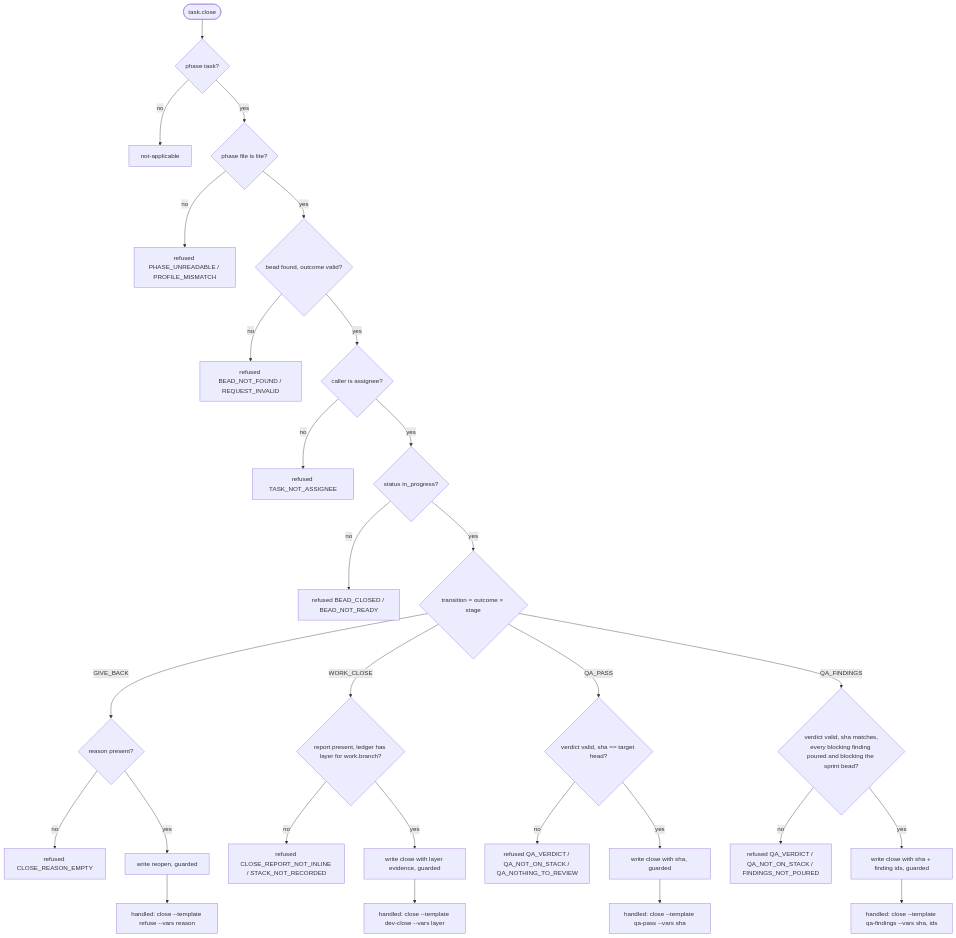
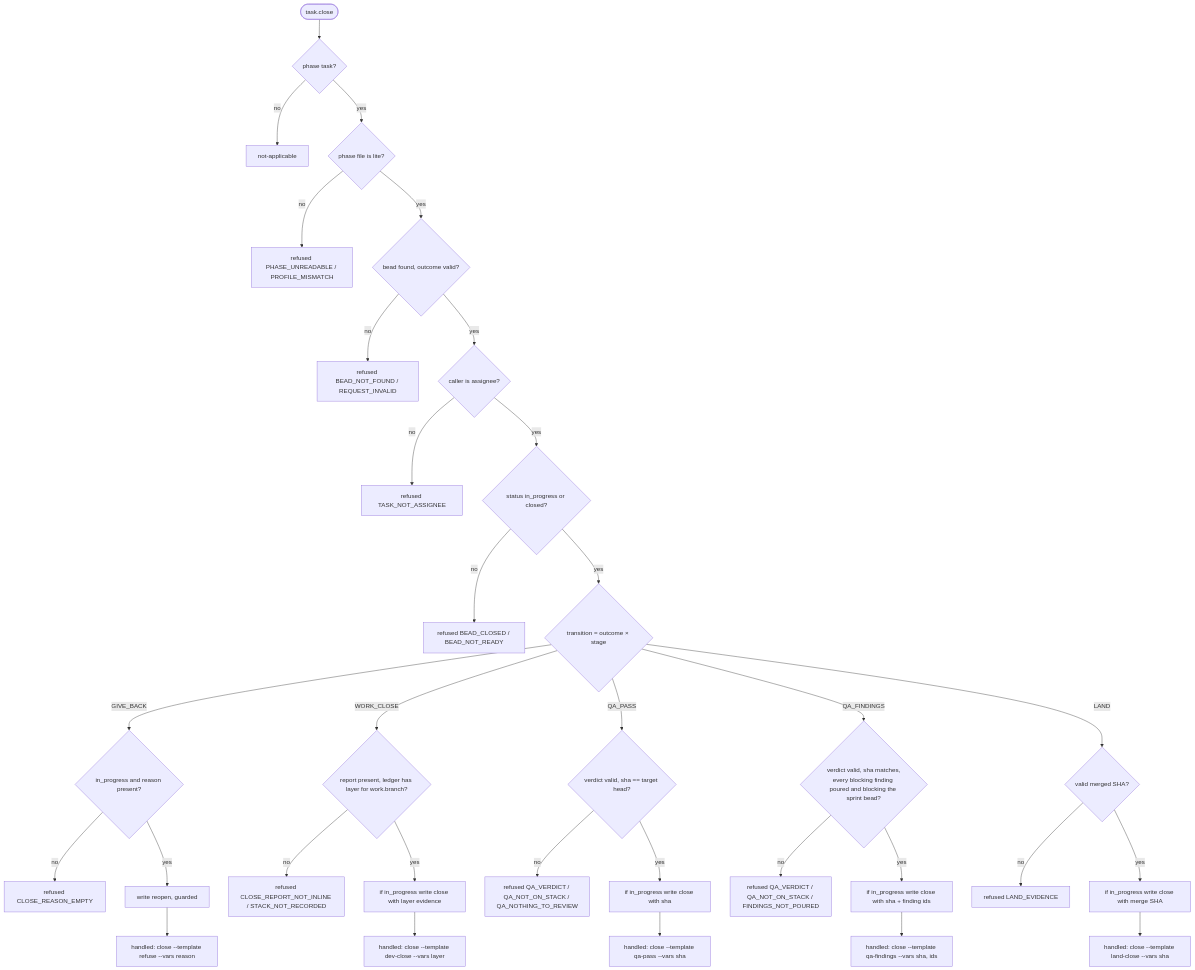
One commit to randlee/atm-core changed the diagram in docs/plans/phase-bo/hooks/task-close.md. Above: the diagram before and after it, drawn with Mermaid. The commit also changed other lines of this file and 20 other files, not shown here.

````diff
--- a/docs/plans/phase-bo/hooks/task-close.md
+++ b/docs/plans/phase-bo/hooks/task-close.md
@@ -7,26 +7,29 @@
 ```mermaid
 flowchart TD
     A([task.close]) --> P{phase task?}
     P -- no --> NA[not-applicable]
     P -- yes --> L{phase file is lite?}
     L -- no --> R0[refused PHASE_UNREADABLE / PROFILE_MISMATCH]
     L -- yes --> G{bead found, outcome valid?}
     G -- no --> R1[refused BEAD_NOT_FOUND / REQUEST_INVALID]
     G -- yes --> O{caller is assignee?}
     O -- no --> R2[refused TASK_NOT_ASSIGNEE]
-    O -- yes --> S{status in_progress?}
+    O -- yes --> S{status in_progress or closed?}
     S -- no --> R3[refused BEAD_CLOSED / BEAD_NOT_READY]
     S -- yes --> T{transition = outcome × stage}
-    T -- GIVE_BACK --> RS{reason present?}
+    T -- GIVE_BACK --> RS{in_progress and reason present?}
     RS -- no --> R4[refused CLOSE_REASON_EMPTY]
     RS -- yes --> W1[write reopen, guarded] --> H1[handled: close --template refuse --vars reason]
     T -- WORK_CLOSE --> RP{report present, ledger has layer for work.branch?}
     RP -- no --> R5[refused CLOSE_REPORT_NOT_INLINE / STACK_NOT_RECORDED]
-    RP -- yes --> W2[write close with layer evidence, guarded] --> H2[handled: close --template dev-close --vars layer]
+    RP -- yes --> W2[if in_progress write close with layer evidence] --> H2[handled: close --template dev-close --vars layer]
     T -- QA_PASS --> V1{verdict valid, sha == target head?}
     V1 -- no --> R6[refused QA_VERDICT / QA_NOT_ON_STACK / QA_NOTHING_TO_REVIEW]
-    V1 -- yes --> W3[write close with sha, guarded] --> H3[handled: close --template qa-pass --vars sha]
+    V1 -- yes --> W3[if in_progress write close with sha] --> H3[handled: close --template qa-pass --vars sha]
     T -- QA_FINDINGS --> V2{verdict valid, sha matches,<br/>every blocking finding poured and blocking the sprint bead?}
     V2 -- no --> R7[refused QA_VERDICT / QA_NOT_ON_STACK / FINDINGS_NOT_POURED]
-    V2 -- yes --> W4[write close with sha + finding ids, guarded] --> H4[handled: close --template qa-findings --vars sha, ids]
+    V2 -- yes --> W4[if in_progress write close with sha + finding ids] --> H4[handled: close --template qa-findings --vars sha, ids]
+    T -- LAND --> V3{valid merged SHA?}
+    V3 -- no --> R8[refused LAND_EVIDENCE]
+    V3 -- yes --> W5[if in_progress write close with merge SHA] --> H5[handled: close --template land-close --vars sha]
 ```
````
